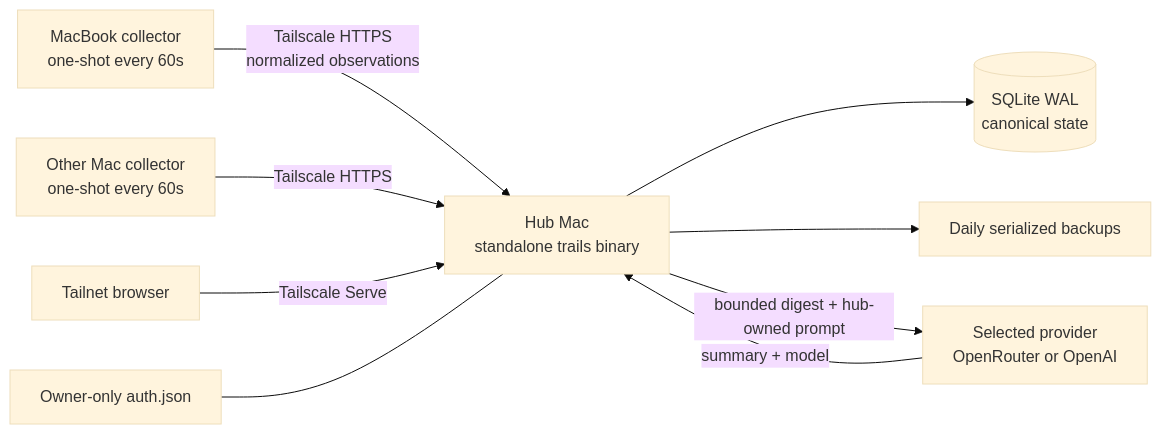
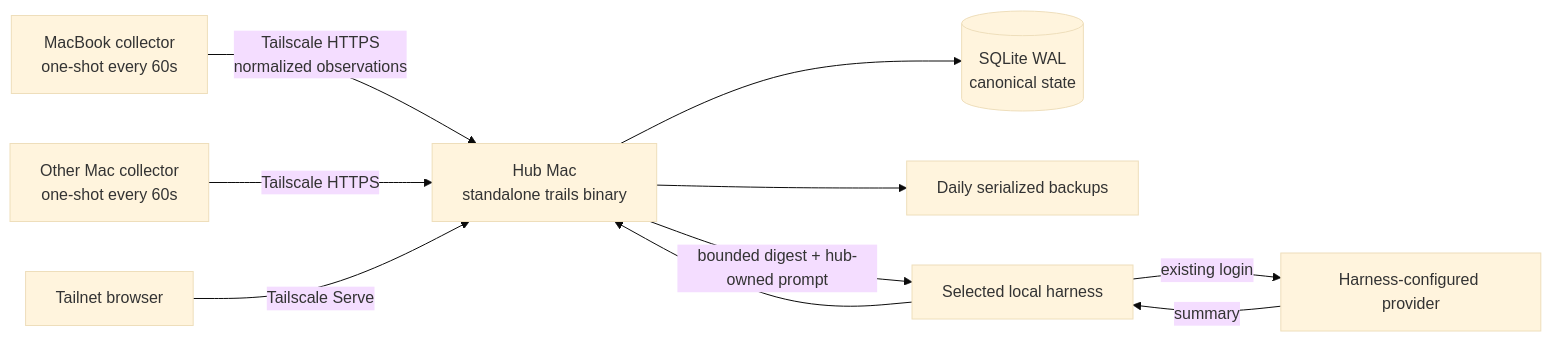
Before and after one commit to Manzanita-Research/trails: the diagram in MULTI-DEVICE.md, drawn with Mermaid (base theme). The commit also changed other lines of this file and 7 other files, not shown here.

Commit message:
Document harness-owned summarization

````diff
--- a/MULTI-DEVICE.md
+++ b/MULTI-DEVICE.md
@@ -8,11 +8,12 @@
 ```mermaid
 flowchart LR
   A[MacBook collector<br/>one-shot every 60s] -->|Tailscale HTTPS<br/>normalized observations| M[Hub Mac<br/>standalone trails binary]
   B[Other Mac collector<br/>one-shot every 60s] -->|Tailscale HTTPS| M
   M --> D[(SQLite WAL<br/>canonical state)]
   M --> K[Daily serialized backups]
   T[Tailnet browser] -->|Tailscale Serve| M
-  M -->|bounded digest + hub-owned prompt| P[Selected provider<br/>OpenRouter or OpenAI]
-  P -->|summary + model| M
-  C[Owner-only auth.json] --- M
+  M -->|bounded digest + hub-owned prompt| H[Selected local harness]
+  H -->|existing login| P[Harness-configured provider]
+  P -->|summary| H
+  H --> M
 ```
````
